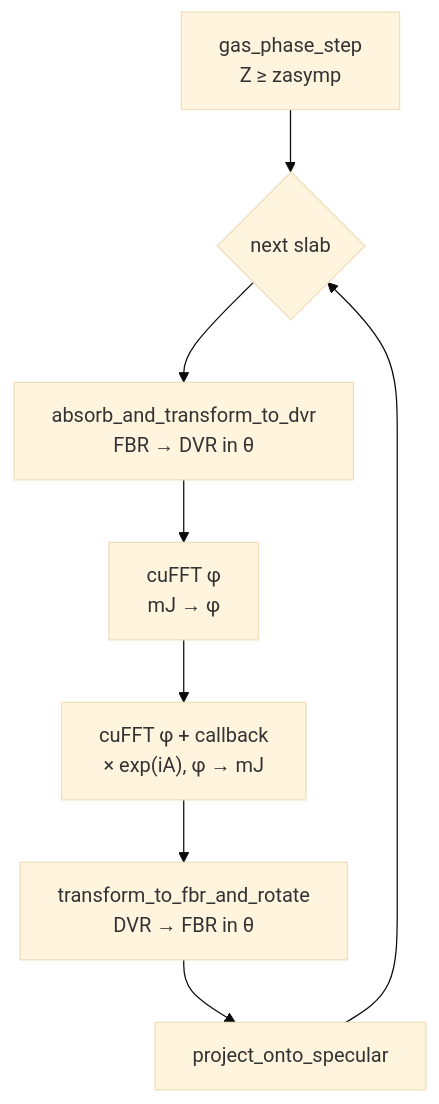
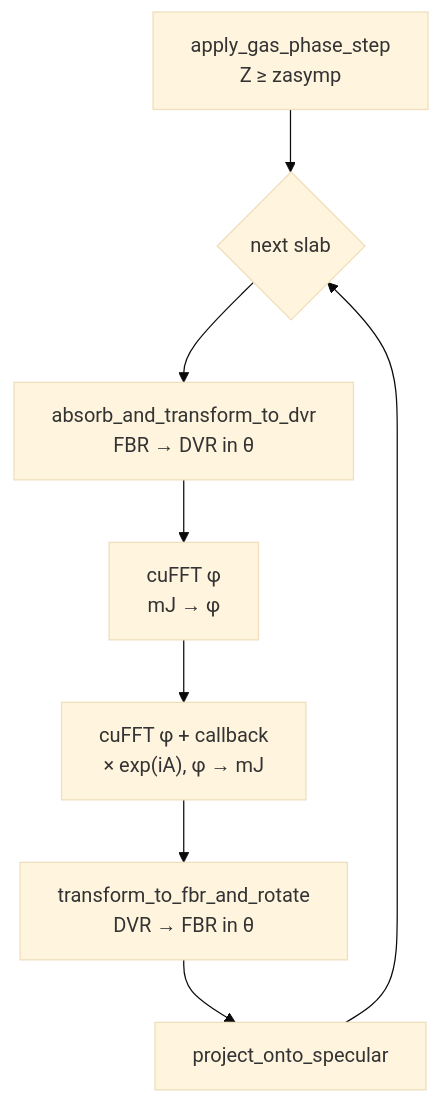
One commit to ewfsmeets/Cpp-SPO-DVR changed the second of 2 diagrams in src/cuda/README.md. Above: the diagram before and after it, drawn with Mermaid (base theme). The commit also changed other lines of this file and 19 other files, not shown here.

````diff
--- a/src/cuda/README.md
+++ b/src/cuda/README.md
@@ -149,10 +149,10 @@
 ```mermaid
 flowchart TB
-  G["gas_phase_step<br/>Z ≥ zasymp"] --> S{"next slab"}
+  G["apply_gas_phase_step<br/>Z ≥ zasymp"] --> S{"next slab"}
   S --> A["absorb_and_transform_to_dvr<br/>FBR → DVR in θ"]
   A --> F1["cuFFT φ<br/>mJ → φ"]
   F1 --> F2["cuFFT φ + callback<br/>× exp(iA), φ → mJ"]
   F2 --> B["transform_to_fbr_and_rotate<br/>DVR → FBR in θ"]
   B --> P["project_onto_specular"]
   P --> S
 ```
````
